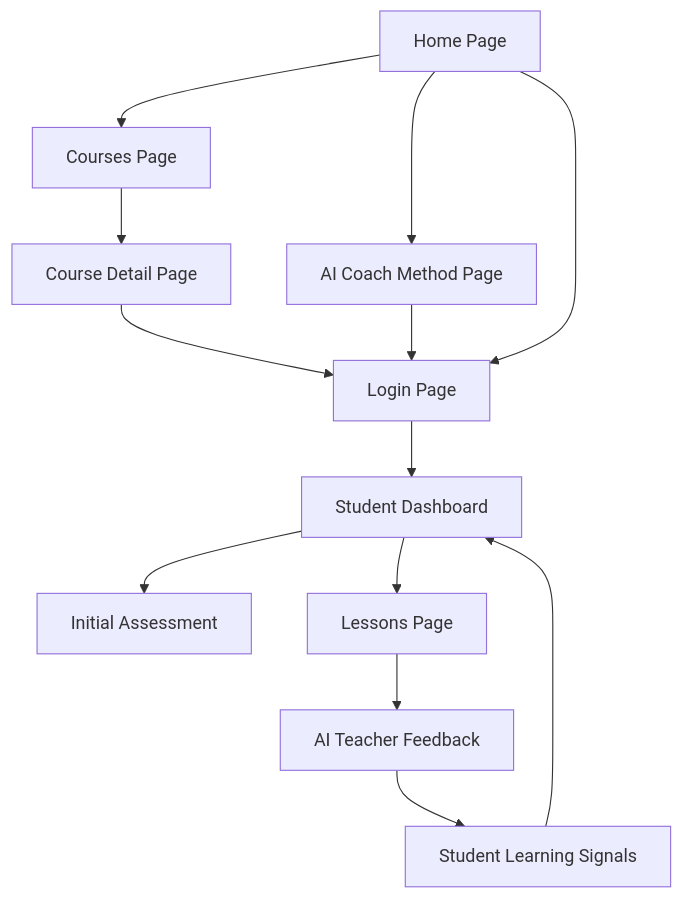
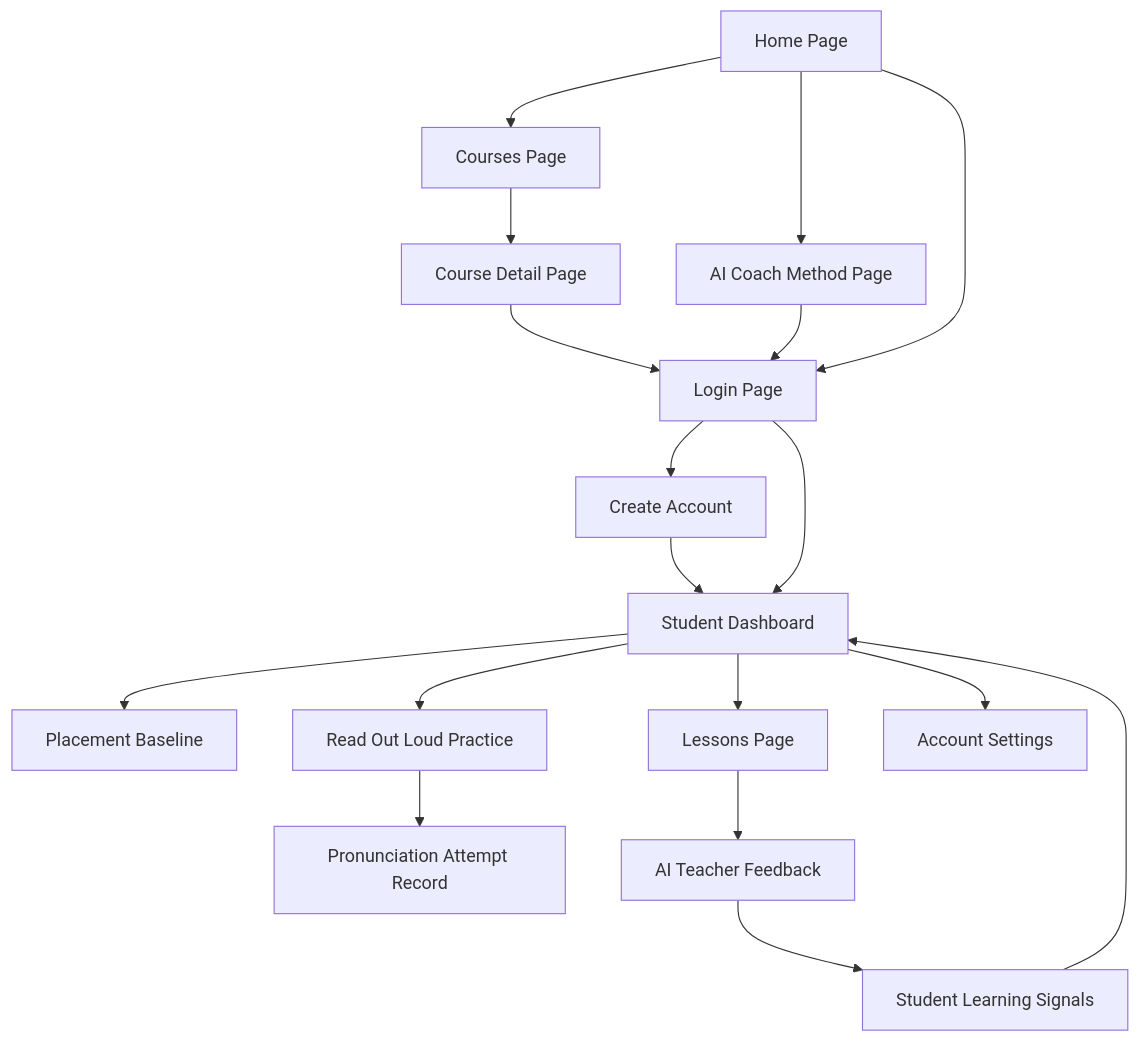
The second of 7 diagrams in architecture/06-diagrams.md (lvoliveiratec/english_app), drawn with Mermaid before and after one commit. The commit also changed other lines of this file and 25 other files, not shown here.

Commit message:
Add pronunciation attempt flow and update architecture docs

````diff
--- a/architecture/06-diagrams.md
+++ b/architecture/06-diagrams.md
@@ -35,15 +42,20 @@
 ```mermaid
 flowchart TD
   Home[Home Page] --> Courses[Courses Page]
   Home --> Method[AI Coach Method Page]
   Courses --> CourseDetail[Course Detail Page]
   CourseDetail --> Login[Login Page]
   Method --> Login
   Home --> Login
-  Login --> Dashboard[Student Dashboard]
-  Dashboard --> Assessment[Initial Assessment]
+  Login --> Signup[Create Account]
+  Signup --> Dashboard[Student Dashboard]
+  Login --> Dashboard
+  Dashboard --> Baseline[Placement Baseline]
+  Dashboard --> Pronunciation[Read Out Loud Practice]
   Dashboard --> Lessons[Lessons Page]
+  Dashboard --> Account[Account Settings]
+  Pronunciation --> Attempt[Pronunciation Attempt Record]
   Lessons --> Feedback[AI Teacher Feedback]
   Feedback --> Memory[Student Learning Signals]
   Memory --> Dashboard
 ```
````
